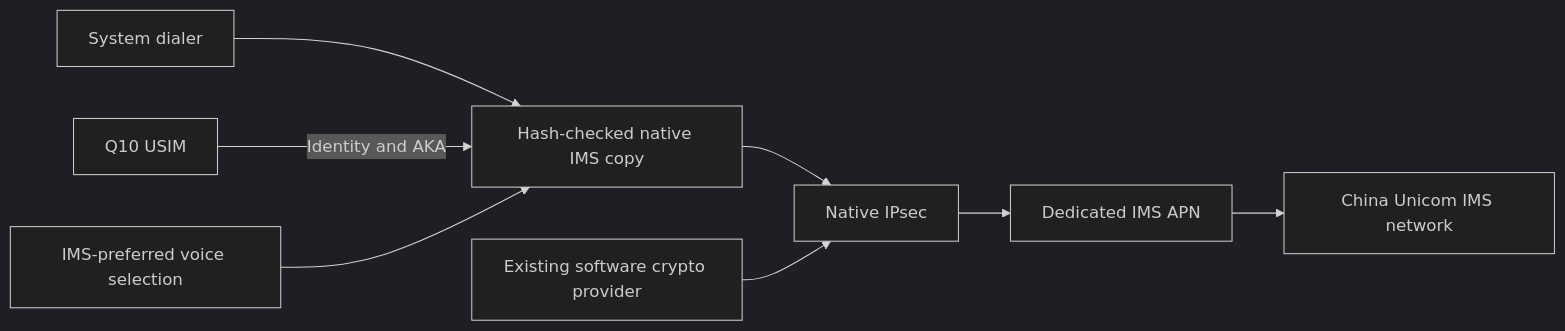
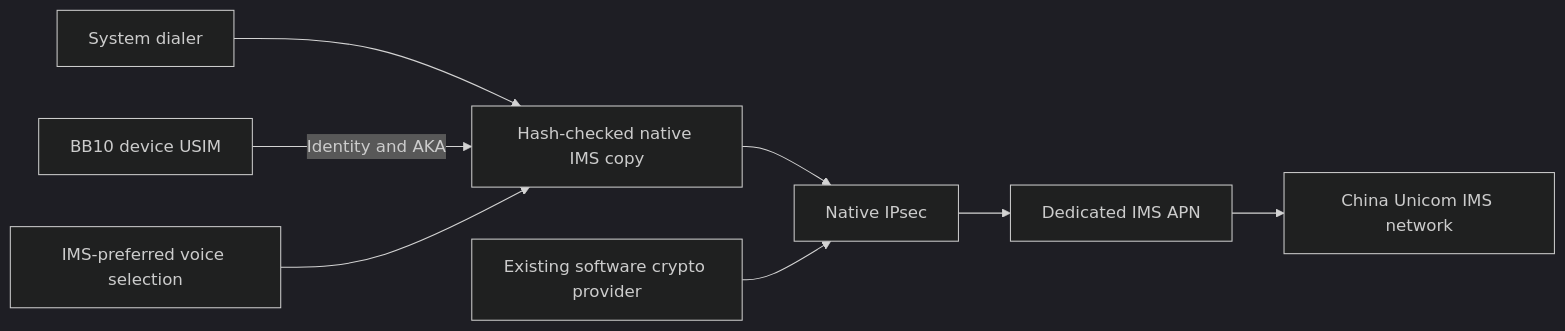
The diagram in README.en.md (Octo-o-o-o/bb10-volte), drawn with Mermaid (dark theme) before and after one commit. The commit also changed other lines of this file and 38 other files, not shown here.

````diff
--- a/README.en.md
+++ b/README.en.md
@@ -125,10 +125,10 @@
 ```mermaid
 flowchart LR
   A[System dialer] --> B[Hash-checked native IMS copy]
-  U[Q10 USIM] -->|Identity and AKA| B
+  U[BB10 device USIM] -->|Identity and AKA| B
   V[IMS-preferred voice selection] --> B
   B --> I[Native IPsec]
   S[Existing software crypto provider] --> I
   I --> P[Dedicated IMS APN]
   P --> N[China Unicom IMS network]
 ```
````
